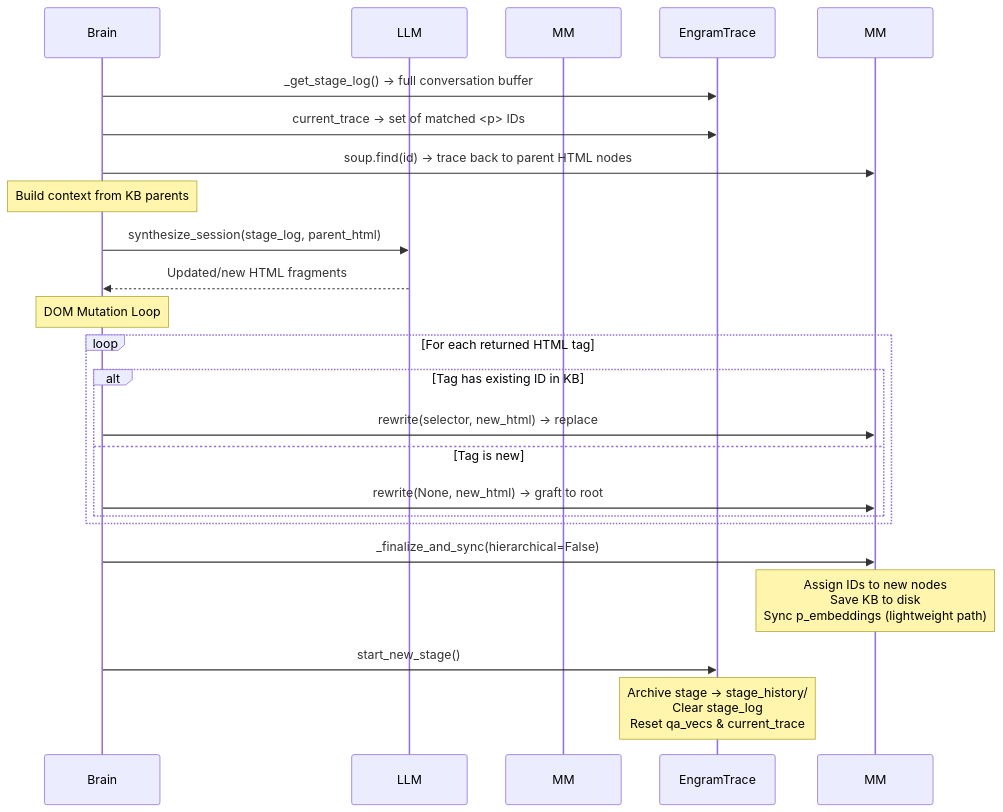
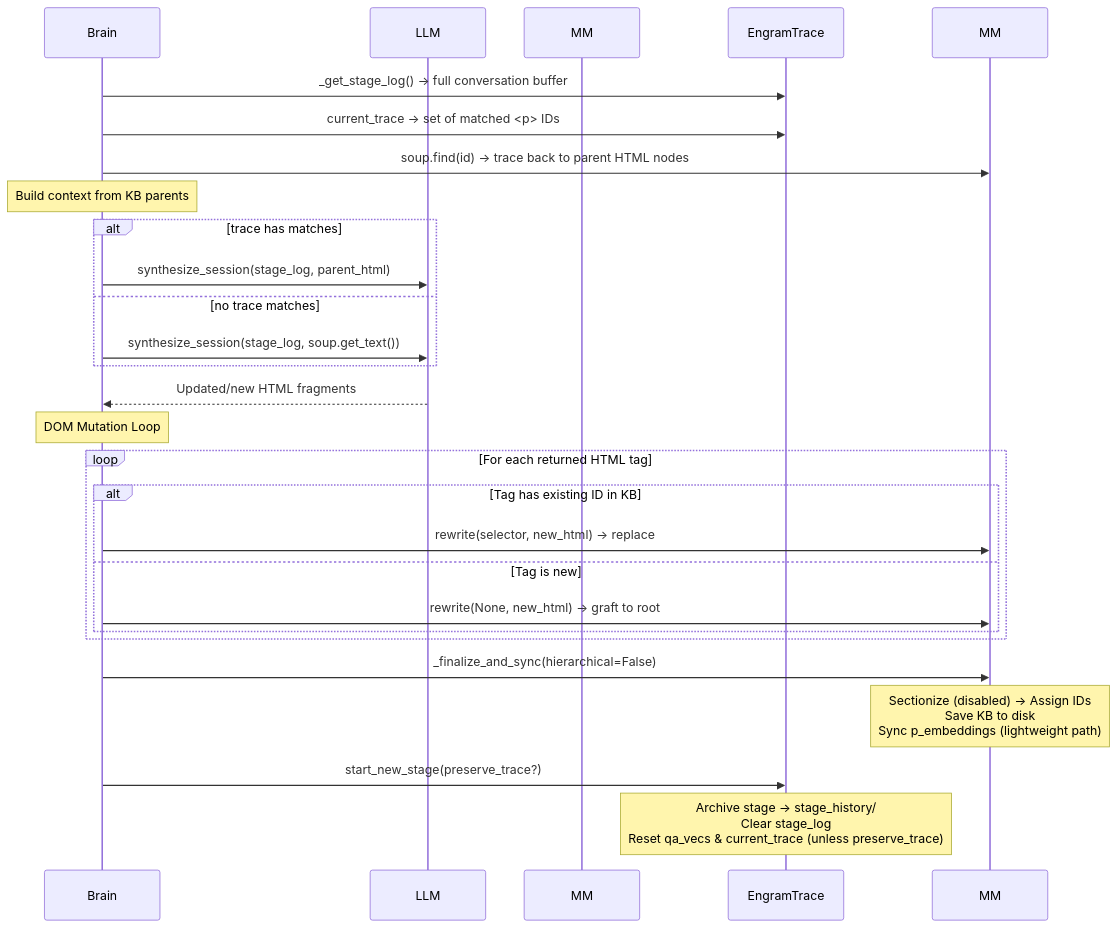
Before and after one commit to iamtaehyunpark/EngramTrace: the fourth of 4 diagrams in engramtrace_technical_report.md, drawn with Mermaid. The commit also changed other lines of this file and 4 other files, not shown here.

````diff
--- a/engramtrace_technical_report.md
+++ b/engramtrace_technical_report.md
@@ -187,30 +228,34 @@
 ```mermaid
 sequenceDiagram
     participant Brain
     participant LLM
     participant Memory as MM
     participant ET as EngramTrace
     
     Brain->>ET: _get_stage_log() → full conversation buffer
     Brain->>ET: current_trace → set of matched <p> IDs
     Brain->>MM: soup.find(id) → trace back to parent HTML nodes
     
     Note over Brain: Build context from KB parents
-    Brain->>LLM: synthesize_session(stage_log, parent_html)
+    alt trace has matches
+        Brain->>LLM: synthesize_session(stage_log, parent_html)
+    else no trace matches
+        Brain->>LLM: synthesize_session(stage_log, soup.get_text())
+    end
     LLM-->>Brain: Updated/new HTML fragments
     
     Note over Brain: DOM Mutation Loop
     loop For each returned HTML tag
         alt Tag has existing ID in KB
             Brain->>MM: rewrite(selector, new_html) → replace
         else Tag is new
             Brain->>MM: rewrite(None, new_html) → graft to root
         end
     end
     
     Brain->>MM: _finalize_and_sync(hierarchical=False)
-    Note over MM: Assign IDs to new nodes<br/>Save KB to disk<br/>Sync p_embeddings (lightweight path)
+    Note over MM: Sectionize (disabled) → Assign IDs<br/>Save KB to disk<br/>Sync p_embeddings (lightweight path)
     
-    Brain->>ET: start_new_stage()
-    Note over ET: Archive stage → stage_history/<br/>Clear stage_log<br/>Reset qa_vecs & current_trace
+    Brain->>ET: start_new_stage(preserve_trace?)
+    Note over ET: Archive stage → stage_history/<br/>Clear stage_log<br/>Reset qa_vecs & current_trace (unless preserve_trace)
 ```
````
